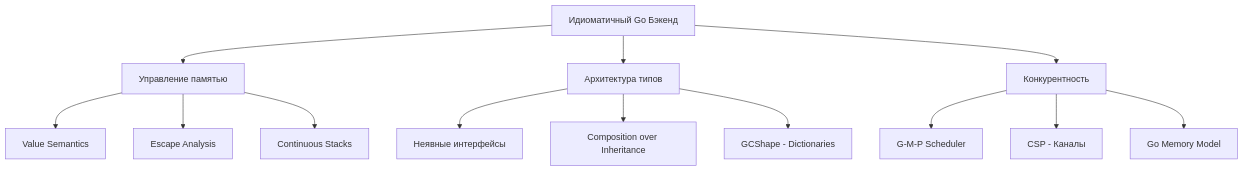
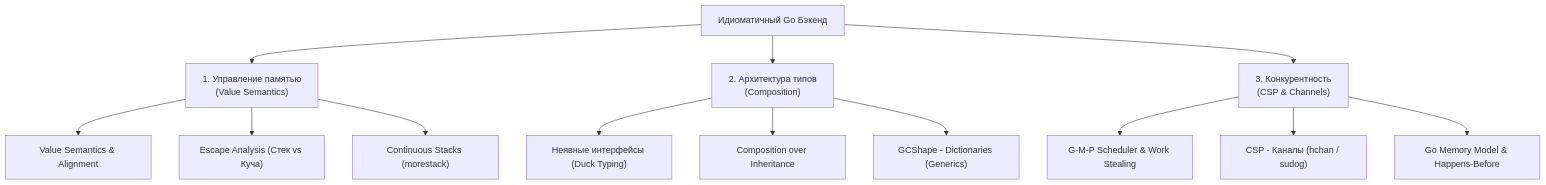
One commit to UnrealTemplier/go-textbook changed the diagram in sources/5. Учебник по Go (Основы и синтаксис)/44. Итоги раздела. Что нужно знать перед переходом к Deep Go.md. Above: the diagram before and after it, drawn with Mermaid. The commit also changed other lines of this file, not shown here.

````diff
--- a/sources/5. Учебник по Go (Основы и синтаксис)/44. Итоги раздела. Что нужно знать перед переходом к Deep Go.md
+++ b/sources/5. Учебник по Go (Основы и синтаксис)/44. Итоги раздела. Что нужно знать перед переходом к Deep Go.md
@@ -36,18 +20,18 @@
 ```mermaid
 flowchart TD
-    Go["Идиоматичный Go Бэкенд"] --> Mem["Управление памятью"]
-    Go --> Arch["Архитектура типов"]
-    Go --> Conc["Конкурентность"]
+    Go["Идиоматичный Go Бэкенд"] --> Mem["1. Управление памятью<br>(Value Semantics)"]
+    Go --> Arch["2. Архитектура типов<br>(Composition)"]
+    Go --> Conc["3. Конкурентность<br>(CSP & Channels)"]
 
-    Mem --> M1["Value Semantics"]
-    Mem --> M2["Escape Analysis"]
-    Mem --> M3["Continuous Stacks"]
+    Mem --> M1["Value Semantics & Alignment"]
+    Mem --> M2["Escape Analysis (Стек vs Куча)"]
+    Mem --> M3["Continuous Stacks (morestack)"]
 
-    Arch --> A1["Неявные интерфейсы"]
+    Arch --> A1["Неявные интерфейсы (Duck Typing)"]
     Arch --> A2["Composition over Inheritance"]
-    Arch --> A3["GCShape - Dictionaries"]
+    Arch --> A3["GCShape - Dictionaries (Generics)"]
 
-    Conc --> C1["G-M-P Scheduler"]
-    Conc --> C2["CSP - Каналы"]
-    Conc --> C3["Go Memory Model"]
+    Conc --> C1["G-M-P Scheduler & Work Stealing"]
+    Conc --> C2["CSP - Каналы (hchan / sudog)"]
+    Conc --> C3["Go Memory Model & Happens-Before"]
 ```
````
